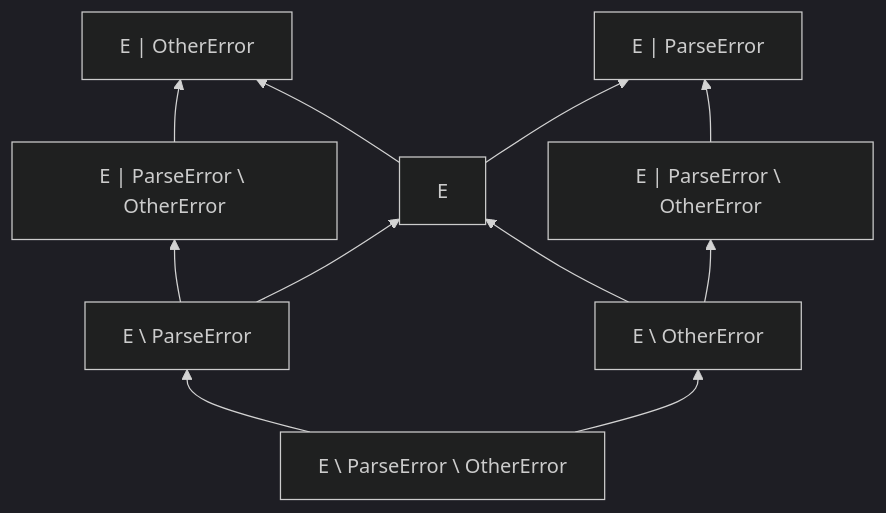
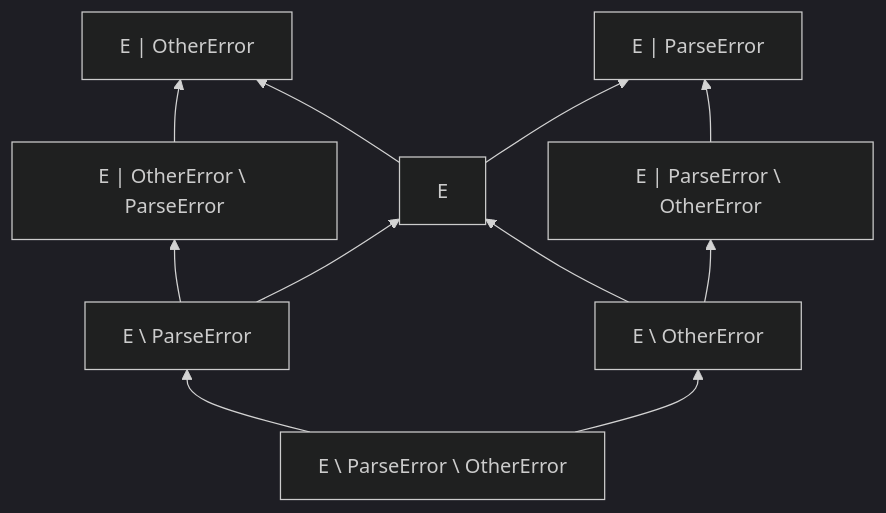
The third of 3 diagrams in proposals/KEEP-0462-rich-errors.md (Kotlin/KEEP), drawn with Mermaid (dark theme) before and after one commit.

Commit message:
[KEEP-0462] Fixed subtyping example

````diff
--- a/proposals/KEEP-0462-rich-errors.md
+++ b/proposals/KEEP-0462-rich-errors.md
@@ -263,24 +263,24 @@
 ```mermaid
 graph BT
     Neg2["E \ ParseError \ OtherError"]
     Neg1["E \ ParseError"]
     Neg1'["E \ OtherError"]
     Union["E | OtherError"]
     Union'["E | ParseError"]
     
-    UnionNeg["E | ParseError \ OtherError"]
+    UnionNeg["E | OtherError \ ParseError"]
     UnionNeg'["E | ParseError \ OtherError"]
     
     Neg2 --> Neg1
     Neg2 --> Neg1'
     
     Neg1' --> E
     Neg1' --> UnionNeg'
     Neg1 --> UnionNeg
     Neg1 --> E
     
     UnionNeg' --> Union'
     UnionNeg --> Union
     E --> Union
     E --> Union'
 ```
````
